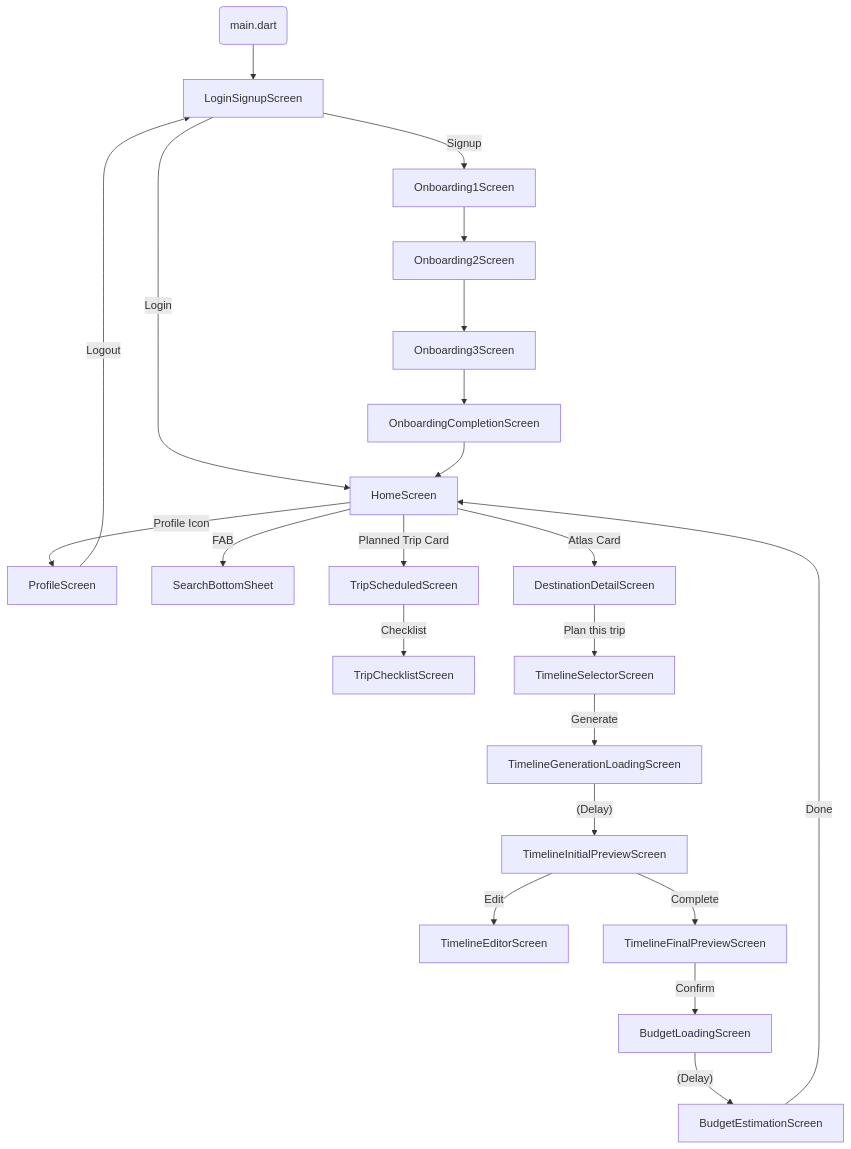
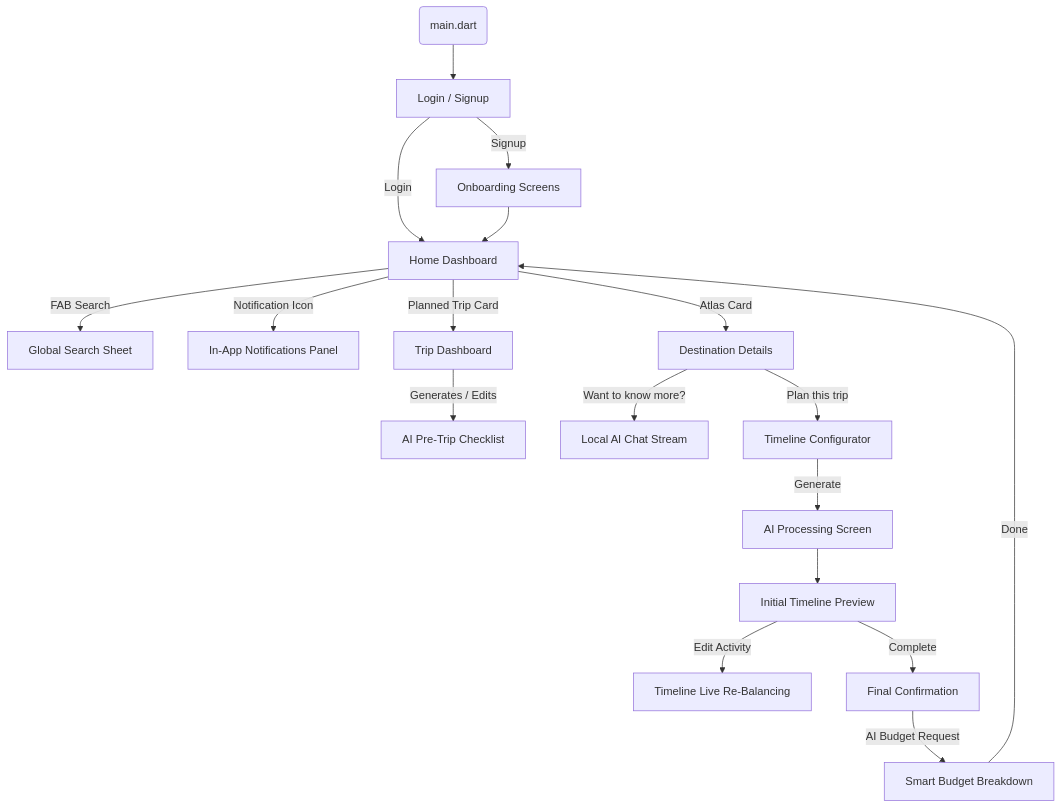
The second of 3 diagrams in README.md (Swapnil-Pramanik/Itinera-2), drawn with Mermaid before and after one commit. The commit also changed other lines of this file and 12 other files, not shown here.

````diff
--- a/README.md
+++ b/README.md
@@ -60,38 +78,32 @@
 ```mermaid
 graph TD
-    Entry(main.dart) --> Auth[LoginSignupScreen]
+    Entry(main.dart) --> Auth[Login / Signup]
 
     %% Authentication Flow
-    Auth -- Login --> Home[HomeScreen]
-    Auth -- Signup --> Onb1[Onboarding1Screen]
-
-    %% Onboarding Flow
-    Onb1 --> Onb2[Onboarding2Screen]
-    Onb2 --> Onb3[Onboarding3Screen]
-    Onb3 --> OnbComp[OnboardingCompletionScreen]
-    OnbComp --> Home
+    Auth -- Login --> Home[Home Dashboard]
+    Auth -- Signup --> Onb1[Onboarding Screens]
+    Onb1 --> Home
 
     %% Home Screen Interactions
-    Home -- Profile Icon --> Profile[ProfileScreen]
-    Profile -- Logout --> Auth
-    Home -- FAB --> Search[SearchBottomSheet]
+    Home -- FAB Search --> Search[Global Search Sheet]
+    Home -- Notification Icon --> Notifications[In-App Notifications Panel]
 
     %% Trip Management
-    Home -- Planned Trip Card --> TripSched[TripScheduledScreen]
-    TripSched -- Checklist --> TripCheck[TripChecklistScreen]
+    Home -- Planned Trip Card --> TripSched[Trip Dashboard]
+    TripSched -- Generates / Edits --> TripCheck[AI Pre-Trip Checklist]
 
     %% New Trip Planning (The Atlas)
-    Home -- Atlas Card --> DestDetail[DestinationDetailScreen]
-    DestDetail -- Plan this trip --> TimeSel[TimelineSelectorScreen]
-    TimeSel -- Generate --> TimeLoad[TimelineGenerationLoadingScreen]
-    TimeLoad -- (Delay) --> TimeInit[TimelineInitialPreviewScreen]
-
+    Home -- Atlas Card --> DestDetail[Destination Details]
+    DestDetail -- "Want to know more?" --> ChatSheet[Local AI Chat Stream]
+    DestDetail -- Plan this trip --> TimeSel[Timeline Configurator]
+    TimeSel -- Generate --> TimeLoad[AI Processing Screen]
+    
     %% Timeline Editing
-    TimeInit -- Edit --> TimeEdit[TimelineEditorScreen]
-    TimeInit -- Complete --> TimeFinal[TimelineFinalPreviewScreen]
+    TimeLoad --> TimeInit[Initial Timeline Preview]
+    TimeInit -- Edit Activity --> TimeEdit[Timeline Live Re-Balancing]
+    TimeInit -- Complete --> TimeFinal[Final Confirmation]
 
     %% Budget Estimation
-    TimeFinal -- Confirm --> BudgetLoad[BudgetLoadingScreen]
-    BudgetLoad -- (Delay) --> Budget[BudgetEstimationScreen]
+    TimeFinal -- AI Budget Request --> Budget[Smart Budget Breakdown]
     Budget -- Done --> Home
 ```
````
